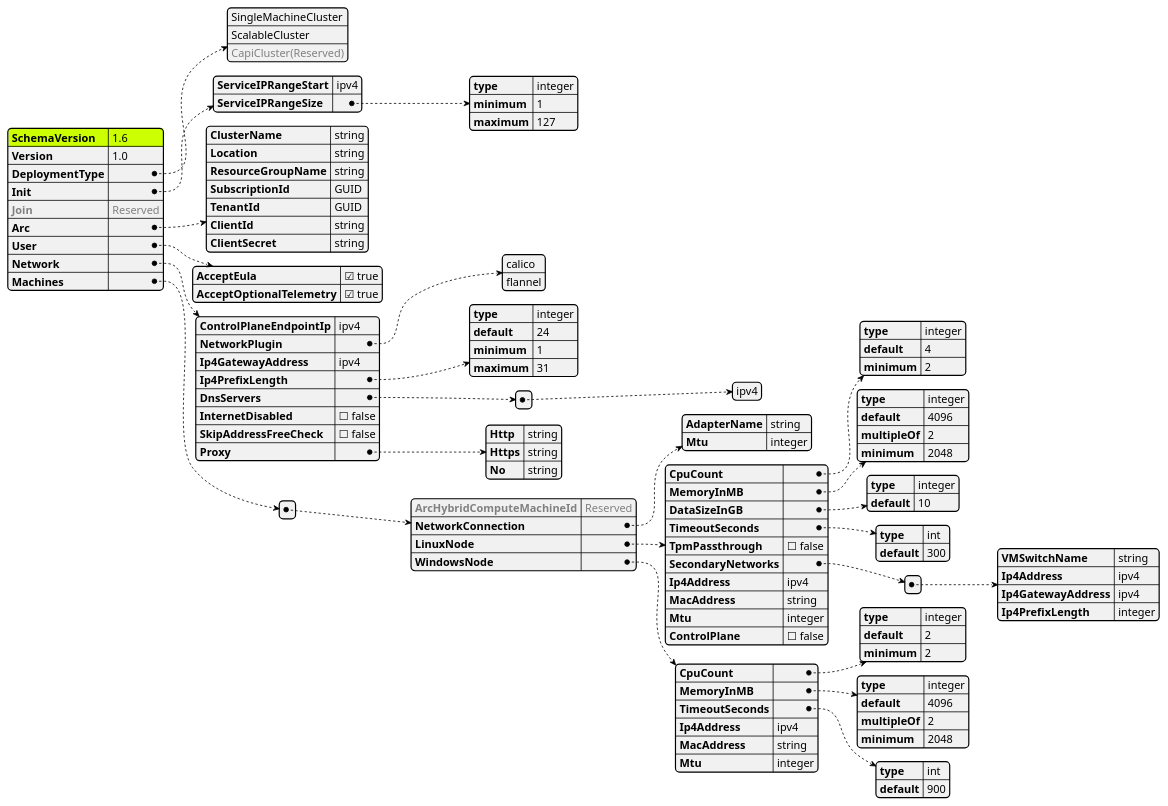
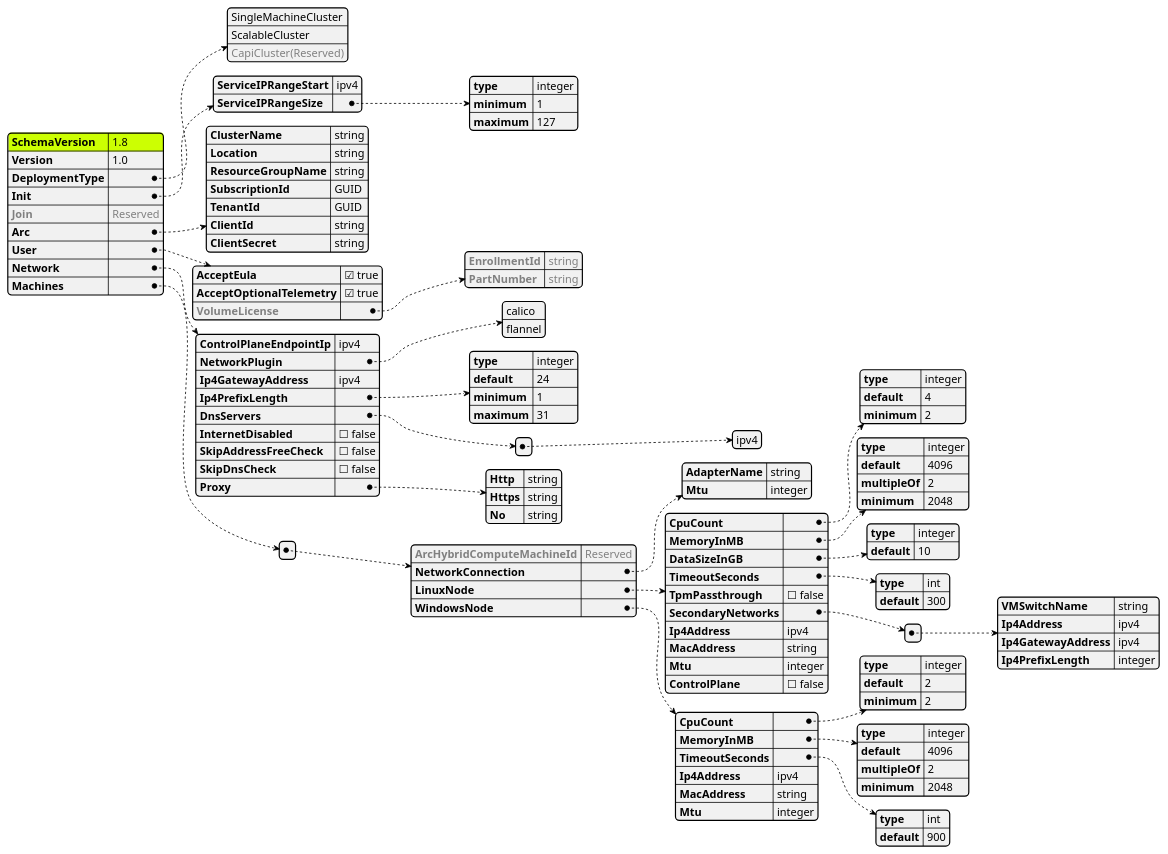
Before and after one commit to Azure/AKS-Edge: the diagram in tools/modules/AksEdgeDeploy/aksedge-dc.puml, drawn with PlantUML. The commit also changed 8 other files, not shown here.

Commit message:
schema 1.8 changes (#126)

```diff
--- a/tools/modules/AksEdgeDeploy/aksedge-dc.puml
+++ b/tools/modules/AksEdgeDeploy/aksedge-dc.puml
@@ -1,137 +1,142 @@
 @startjson AksEdgeSchema
 <style>
 jsonDiagram {
     node {
         FontSize 14
         RoundCorner 10
         LineThickness 0.5
         separator {
             LineThickness 0.25
         }
     }
     arrow {
         LineThickness 0.5
         LineStyle 2;6
     }
     highlight {
         BackgroundColor black
         FontColor White
     }
 }
 </style>
 #highlight "SchemaVersion"
 {
-    "SchemaVersion": "1.6",
+    "SchemaVersion": "1.8",
     "Version": "1.0",
     "DeploymentType": [
             "SingleMachineCluster",
             "ScalableCluster",
             "<color:gray>CapiCluster(Reserved)"
     ],
     "Init": {
         "ServiceIPRangeStart": "ipv4",
         "ServiceIPRangeSize": {
             "type": "integer",
             "minimum" : 1,
             "maximum" : 127
         }
     },
     "<color:gray>Join":"<color:gray>Reserved",
     "Arc": {
         "ClusterName": "string",
         "Location": "string",
         "ResourceGroupName": "string",
         "SubscriptionId": "GUID",
         "TenantId": "GUID",
         "ClientId": "string",
         "ClientSecret": "string"
     },
     "User": {
         "AcceptEula": true,
-        "AcceptOptionalTelemetry": true
+        "AcceptOptionalTelemetry": true,
+        "<color:gray>VolumeLicense":{
+            "<color:gray>EnrollmentId":"<color:gray>string",
+            "<color:gray>PartNumber":"<color:gray>string"
+        }
     },
     "Network": {
         "ControlPlaneEndpointIp": "ipv4",
         "NetworkPlugin": [
                 "calico",
                 "flannel"
         ],
         "Ip4GatewayAddress": "ipv4",
         "Ip4PrefixLength": {
             "type": "integer",
             "default": 24,
             "minimum": 1,
             "maximum": 31
         },
         "DnsServers": [["ipv4"]],
         "InternetDisabled": false,
         "SkipAddressFreeCheck":false,
+        "SkipDnsCheck":false,
         "Proxy": {
             "Http":"string",
             "Https":"string",
             "No":"string"
         }
     },
     "Machines":[{
         "<color:gray>ArcHybridComputeMachineId":"<color:gray>Reserved",
         "NetworkConnection":{
             "AdapterName":"string",
             "Mtu":"integer"
         },
         "LinuxNode":{
             "CpuCount": {
                 "type": "integer",
                 "default": 4,
                 "minimum": 2
             },
             "MemoryInMB": {
                 "type": "integer",
                 "default": 4096,
                 "multipleOf": 2,
                 "minimum": 2048
             },
             "DataSizeInGB": {
                 "type": "integer",
                 "default": 10
             },
             "TimeoutSeconds": {
                 "type": "int",
                 "default": 300
             },
             "TpmPassthrough": false,
             "SecondaryNetworks": [
                 {
                     "VMSwitchName" : "string",
                     "Ip4Address": "ipv4",
                     "Ip4GatewayAddress": "ipv4",
                     "Ip4PrefixLength": "integer"
                 }
             ],
             "Ip4Address": "ipv4",
             "MacAddress": "string",
             "Mtu": "integer",
             "ControlPlane" : false
         },
         "WindowsNode":{
             "CpuCount": {
                 "type": "integer",
                 "default": 2,
                 "minimum": 2
             },
             "MemoryInMB": {
                 "type": "integer",
                 "default": 4096,
                 "multipleOf": 2,
                 "minimum": 2048
             },
             "TimeoutSeconds": {
                 "type": "int",
                 "default": 900
             },
             "Ip4Address": "ipv4",
             "MacAddress": "string",
             "Mtu": "integer"
         }
     }]
 }
 @endjson
```
